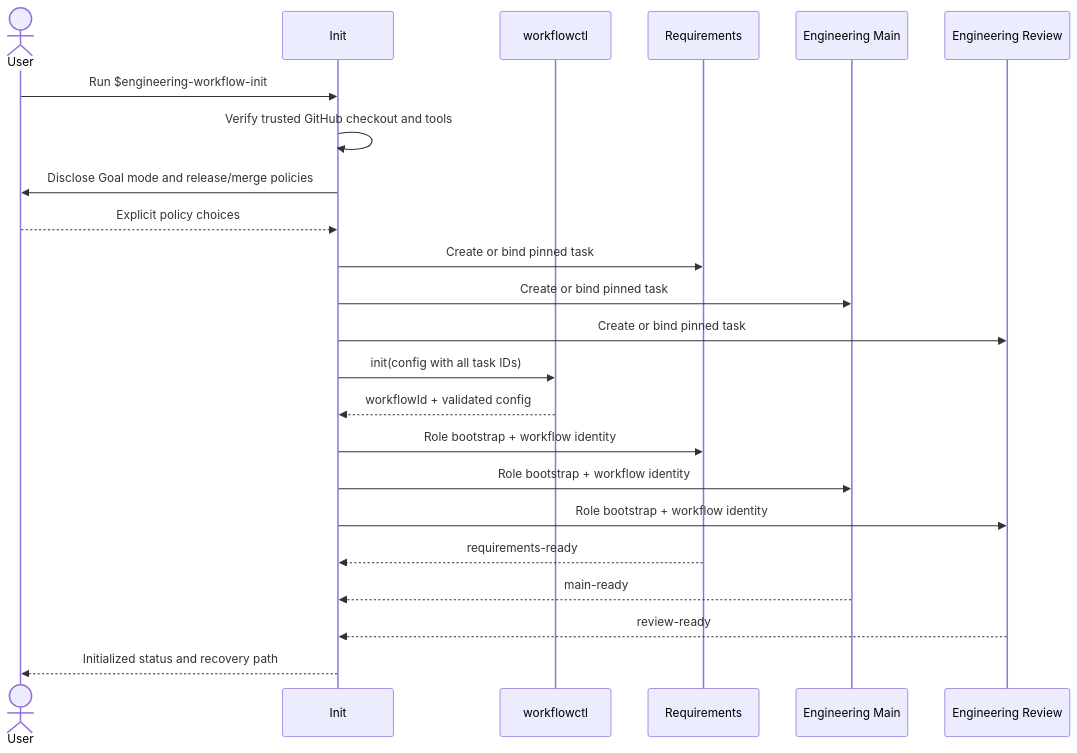
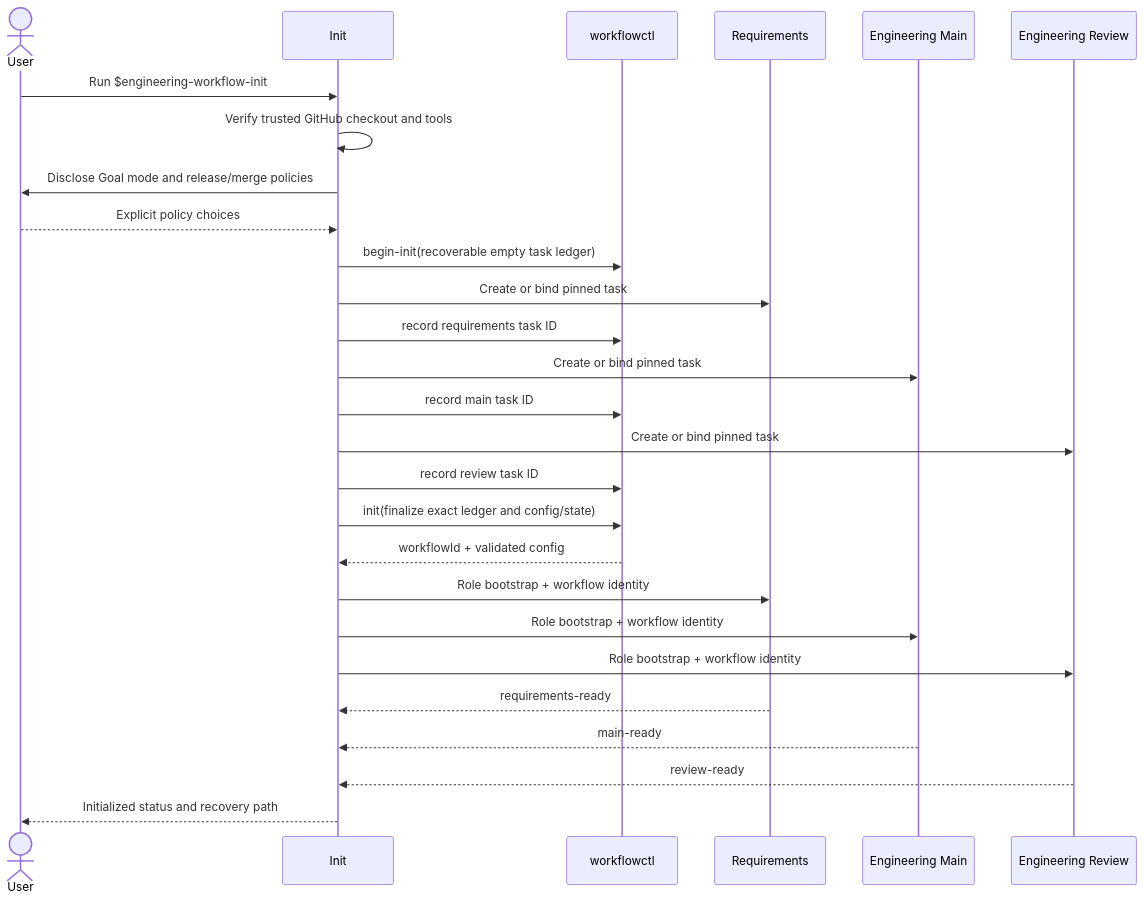
One commit to zhanghao1903/macos-computer-use changed the second of 4 diagrams in docs/feature/codex-engineering-lifecycle-plugin/design.md. Above: the diagram before and after it, drawn with Mermaid. The commit also changed other lines of this file and 23 other files, not shown here.

````diff
--- a/docs/feature/codex-engineering-lifecycle-plugin/design.md
+++ b/docs/feature/codex-engineering-lifecycle-plugin/design.md
@@ -140,26 +140,30 @@
 ```mermaid
 sequenceDiagram
     actor User
     participant Init
     participant State as workflowctl
     participant Req as Requirements
     participant Main as Engineering Main
     participant Review as Engineering Review
 
     User->>Init: Run $engineering-workflow-init
     Init->>Init: Verify trusted GitHub checkout and tools
     Init->>User: Disclose Goal mode and release/merge policies
     User-->>Init: Explicit policy choices
+    Init->>State: begin-init(recoverable empty task ledger)
     Init->>Req: Create or bind pinned task
+    Init->>State: record requirements task ID
     Init->>Main: Create or bind pinned task
+    Init->>State: record main task ID
     Init->>Review: Create or bind pinned task
-    Init->>State: init(config with all task IDs)
+    Init->>State: record review task ID
+    Init->>State: init(finalize exact ledger and config/state)
     State-->>Init: workflowId + validated config
     Init->>Req: Role bootstrap + workflow identity
     Init->>Main: Role bootstrap + workflow identity
     Init->>Review: Role bootstrap + workflow identity
     Req-->>Init: requirements-ready
     Main-->>Init: main-ready
     Review-->>Init: review-ready
     Init-->>User: Initialized status and recovery path
 ```
````
